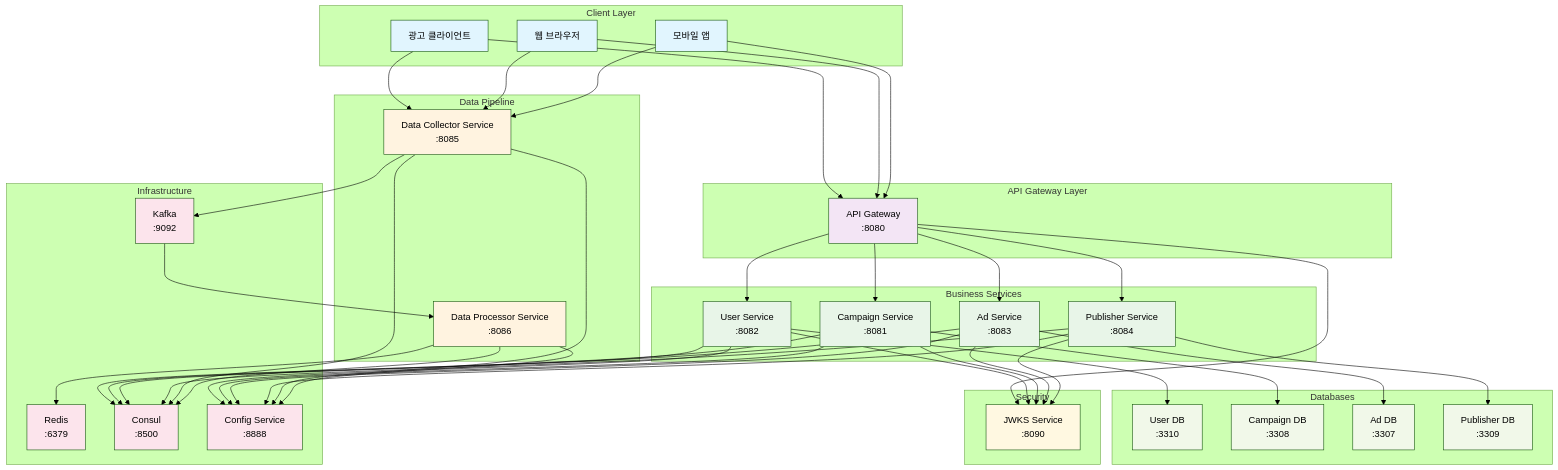
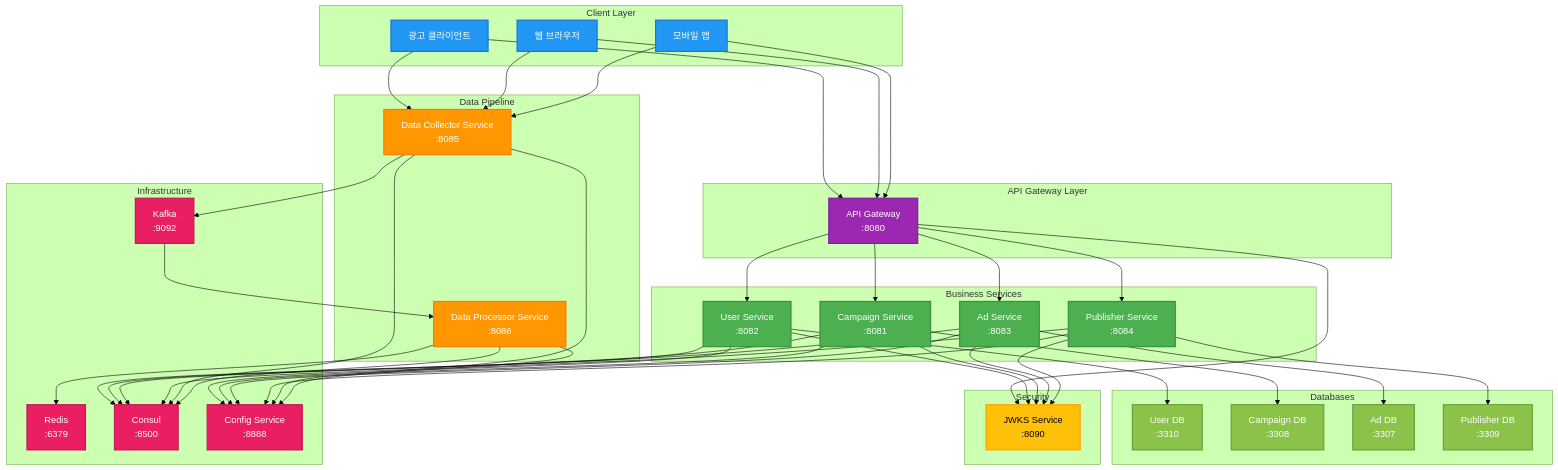
The first of 4 diagrams in docs/images/data-pipeline-architecture.md (kmkmi/spring-msa-ddd), drawn with Mermaid (forest theme) before and after one commit. The commit also changed other lines of this file and 12 other files, not shown here.

```diff
--- a/docs/images/data-pipeline-architecture.md
+++ b/docs/images/data-pipeline-architecture.md
@@ -99,14 +99,13 @@
     G --> S
     H --> S
 
-    %% 스타일
-    classDef clientLayer fill:#e1f5fe
-    classDef gatewayLayer fill:#f3e5f5
-    classDef businessLayer fill:#e8f5e8
-    classDef dataLayer fill:#fff3e0
-    classDef infraLayer fill:#fce4ec
-    classDef dbLayer fill:#f1f8e9
-    classDef securityLayer fill:#fff8e1
+    classDef clientLayer fill:#2196f3,stroke:#1976d2,stroke-width:2px,color:#ffffff
+    classDef gatewayLayer fill:#9c27b0,stroke:#7b1fa2,stroke-width:2px,color:#ffffff
+    classDef businessLayer fill:#4caf50,stroke:#388e3c,stroke-width:2px,color:#ffffff
+    classDef dataLayer fill:#ff9800,stroke:#f57c00,stroke-width:2px,color:#ffffff
+    classDef infraLayer fill:#e91e63,stroke:#c2185b,stroke-width:2px,color:#ffffff
+    classDef dbLayer fill:#8bc34a,stroke:#689f38,stroke-width:2px,color:#ffffff
+    classDef securityLayer fill:#ffc107,stroke:#ffa000,stroke-width:2px,color:#000000
 
     class A,B,C clientLayer
     class D gatewayLayer
```
